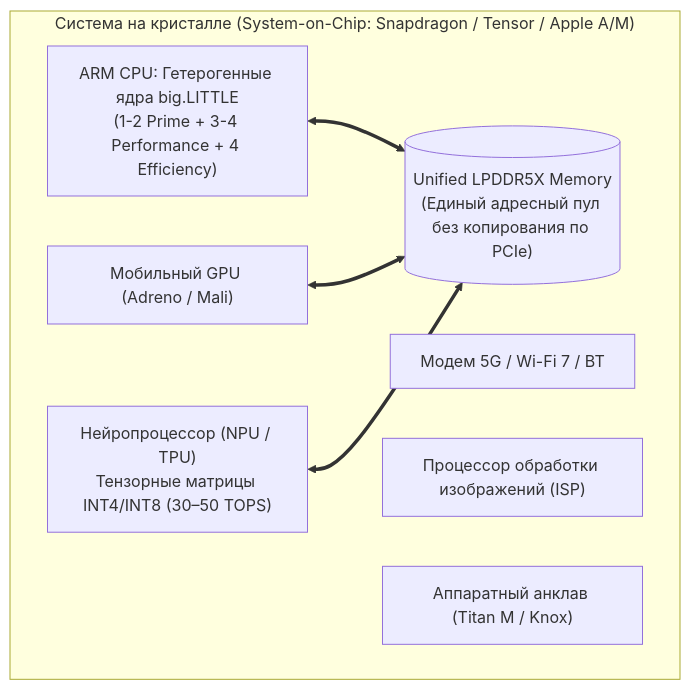
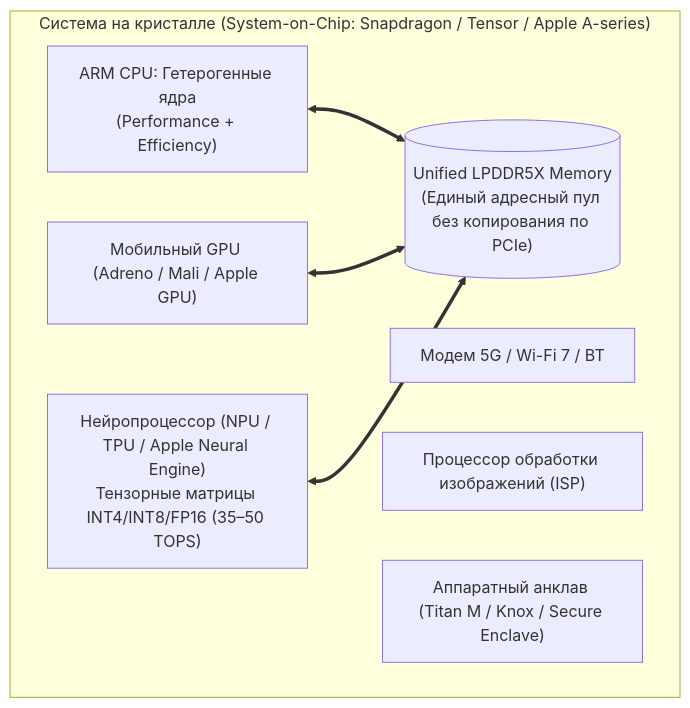
Before and after one commit to COMPACTBLUEFAN/turoring: the second of 6 diagrams in Материалы/Тьютор/Неделя 01 (19.10–25.10)/Мобильные ОС (Android) и ИИ-агенты на смартфонах.md, drawn with Mermaid. The commit also changed other lines of this file and 83 other files, not shown here.

````diff
--- a/Материалы/Тьютор/Неделя 01 (19.10–25.10)/Мобильные ОС (Android) и ИИ-агенты на смартфонах.md
+++ b/Материалы/Тьютор/Неделя 01 (19.10–25.10)/Мобильные ОС (Android) и ИИ-агенты на смартфонах.md
@@ -26,17 +26,17 @@
 ```mermaid
 graph TD
-    subgraph SoC["Система на кристалле (System-on-Chip: Snapdragon / Tensor / Apple A/M)"]
-        CPU["ARM CPU: Гетерогенные ядра big.LITTLE<br/>(1-2 Prime + 3-4 Performance + 4 Efficiency)"]
-        GPU["Мобильный GPU (Adreno / Mali)"]
-        NPU["Нейропроцессор (NPU / TPU)<br/>Тензорные матрицы INT4/INT8 (30–50 TOPS)"]
+    subgraph SoC["Система на кристалле (System-on-Chip: Snapdragon / Tensor / Apple A-series)"]
+        CPU["ARM CPU: Гетерогенные ядра<br/>(Performance + Efficiency)"]
+        GPU["Мобильный GPU (Adreno / Mali / Apple GPU)"]
+        NPU["Нейропроцессор (NPU / TPU / Apple Neural Engine)<br/>Тензорные матрицы INT4/INT8/FP16 (35–50 TOPS)"]
         Modem["Модем 5G / Wi-Fi 7 / BT"]
         ISP["Процессор обработки изображений (ISP)"]
-        Security["Аппаратный анклав (Titan M / Knox)"]
+        Security["Аппаратный анклав (Titan M / Knox / Secure Enclave)"]
 
         RAM[("Unified LPDDR5X Memory<br/>(Единый адресный пул без копирования по PCIe)")]
         
         CPU <==> RAM
         GPU <==> RAM
         NPU <==> RAM
     end
 ```
````
